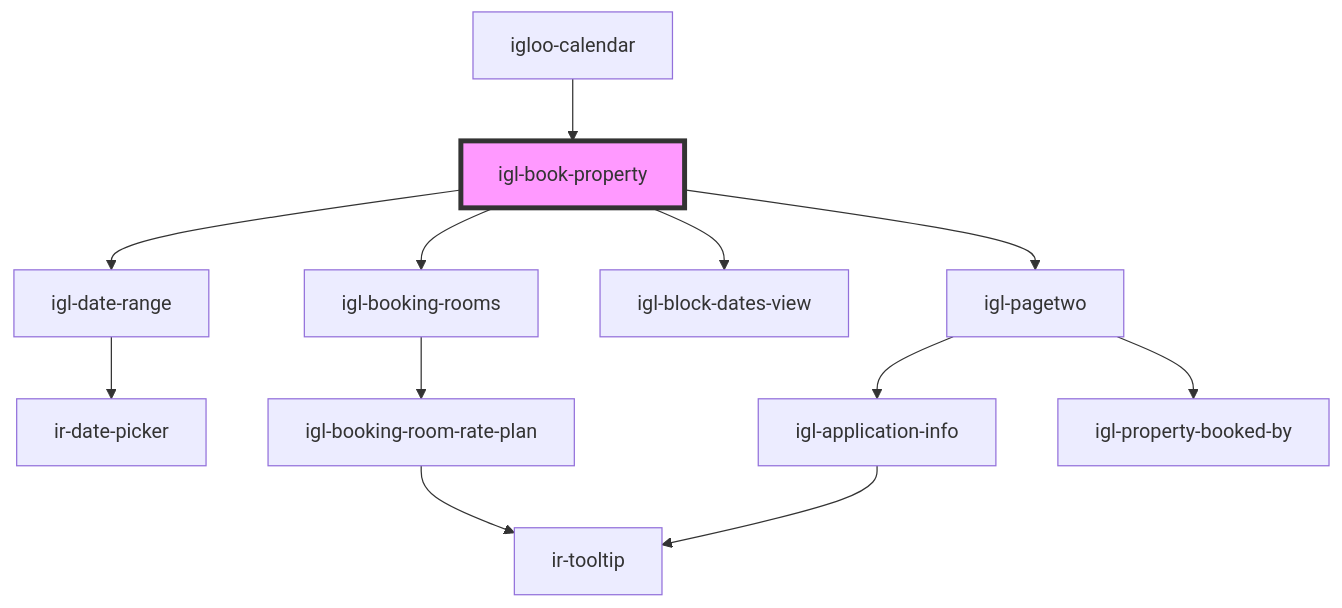
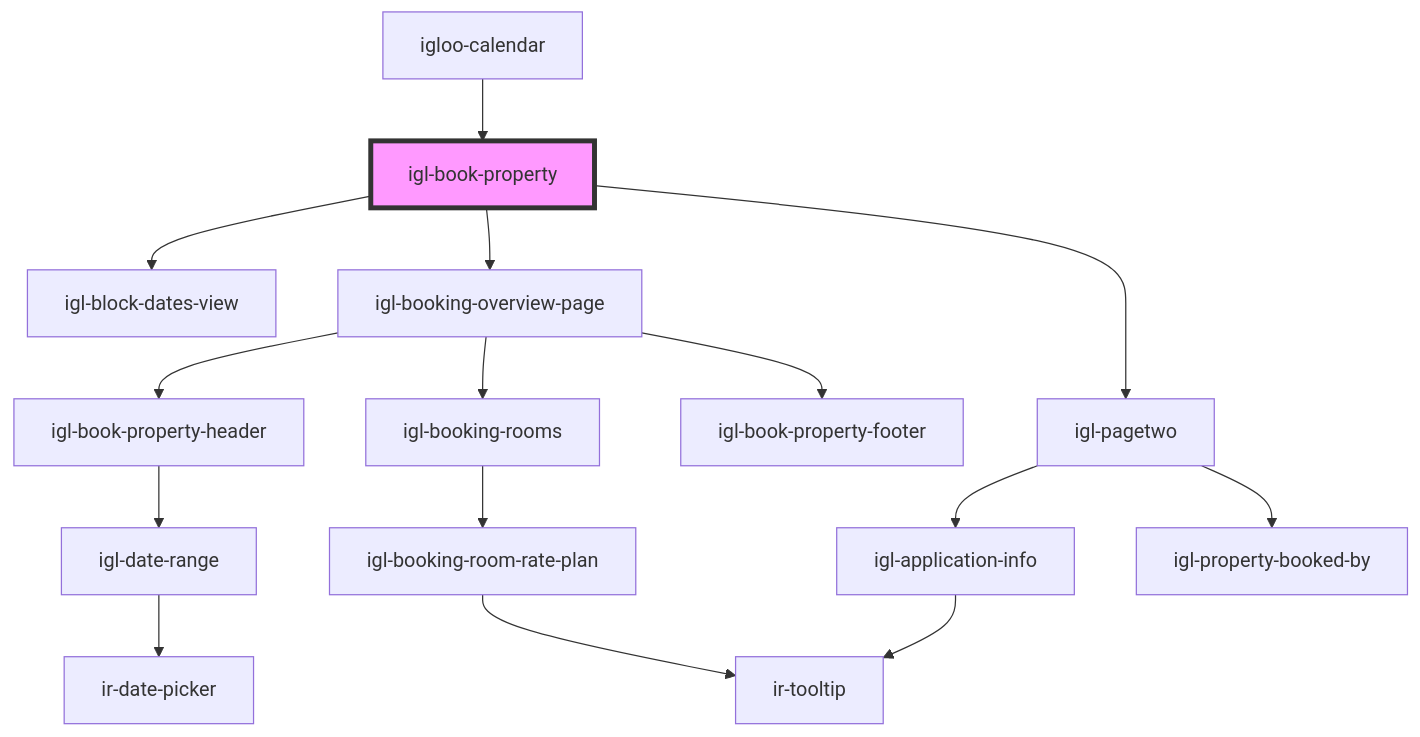
Before and after one commit to RonyRizk/ir-webcmp: the diagram in src/components/igloo-calendar/igl-book-property/readme.md, drawn with Mermaid. The commit also changed other lines of this file and 37 other files, not shown here.

````diff
--- a/src/components/igloo-calendar/igl-book-property/readme.md
+++ b/src/components/igloo-calendar/igl-book-property/readme.md
@@ -44,15 +44,18 @@
 ```mermaid
 graph TD;
-  igl-book-property --> igl-date-range
-  igl-book-property --> igl-booking-rooms
   igl-book-property --> igl-block-dates-view
+  igl-book-property --> igl-booking-overview-page
   igl-book-property --> igl-pagetwo
+  igl-booking-overview-page --> igl-book-property-header
+  igl-booking-overview-page --> igl-booking-rooms
+  igl-booking-overview-page --> igl-book-property-footer
+  igl-book-property-header --> igl-date-range
   igl-date-range --> ir-date-picker
   igl-booking-rooms --> igl-booking-room-rate-plan
   igl-booking-room-rate-plan --> ir-tooltip
   igl-pagetwo --> igl-application-info
   igl-pagetwo --> igl-property-booked-by
   igl-application-info --> ir-tooltip
   igloo-calendar --> igl-book-property
   style igl-book-property fill:#f9f,stroke:#333,stroke-width:4px
 ```
````
